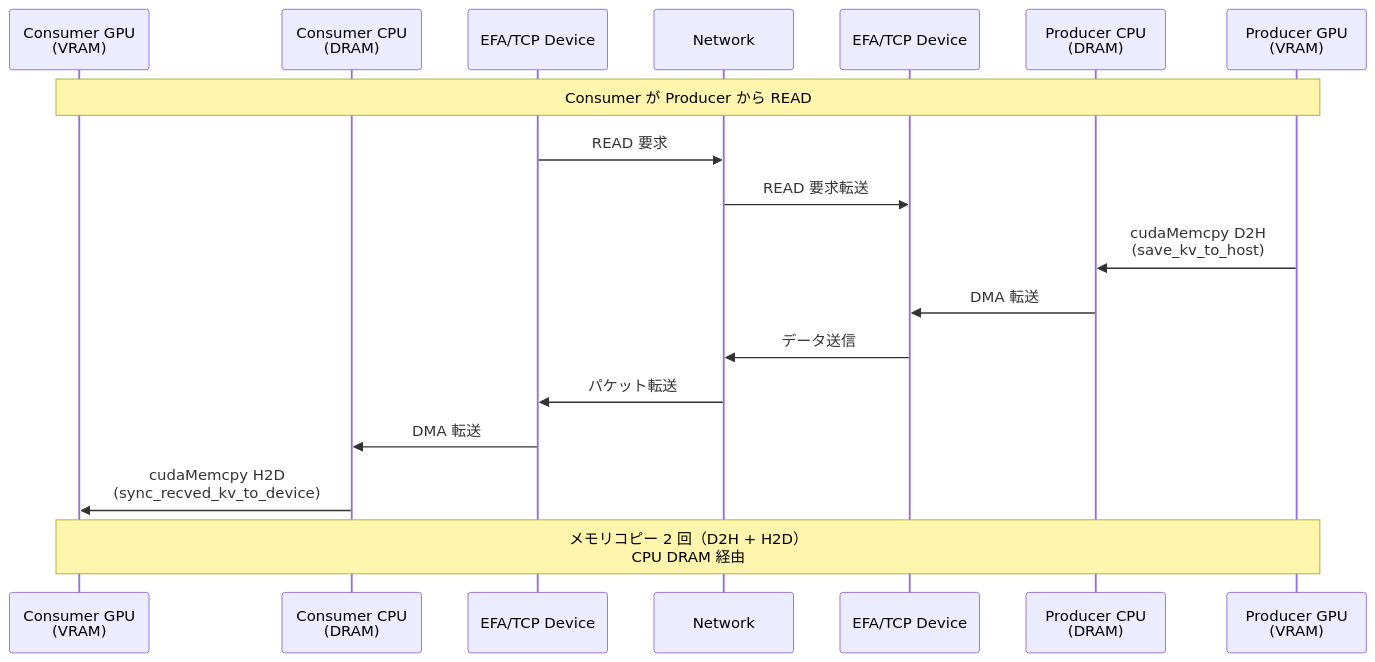
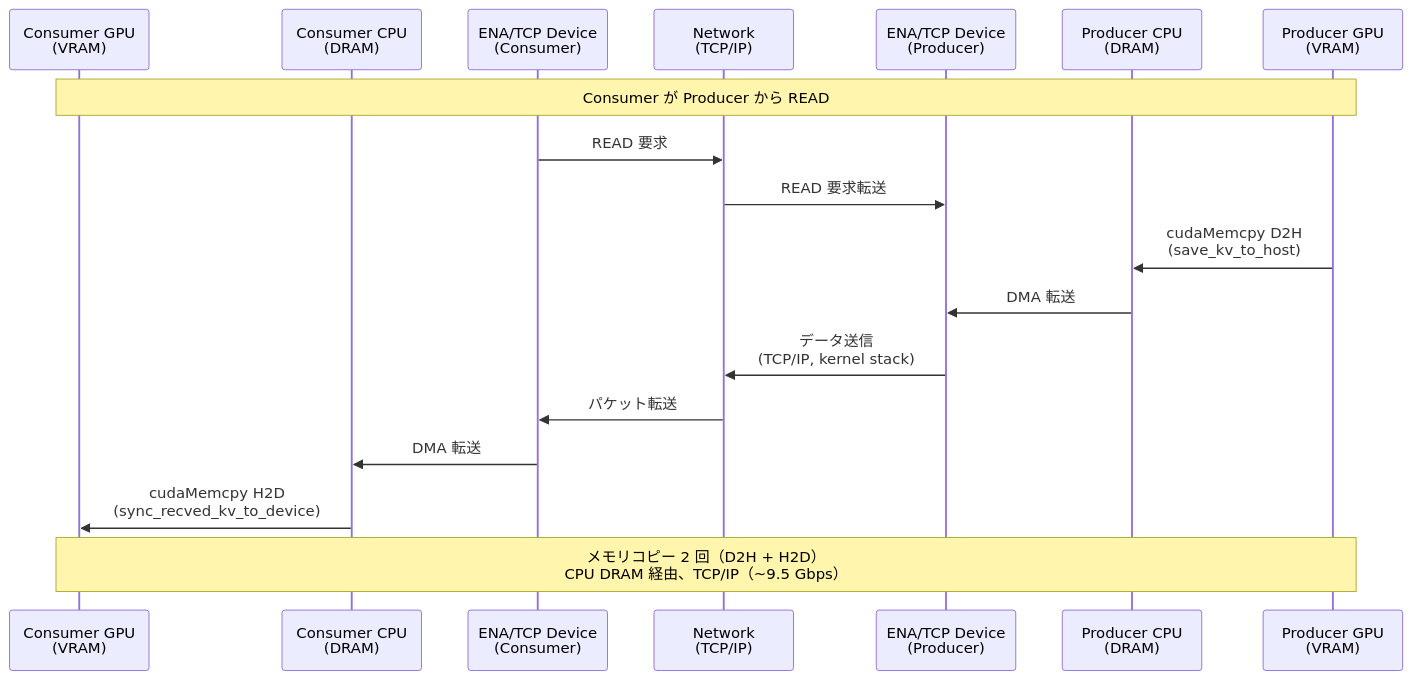
Before and after one commit to littlemex/zenn: the fifth of 10 diagrams in articles/3dd524130320d3.md, drawn with Mermaid. The commit also changed other lines of this file, not shown here.

````diff
--- a/articles/3dd524130320d3.md
+++ b/articles/3dd524130320d3.md
@@ -190,20 +195,20 @@
 ```mermaid
 sequenceDiagram
     participant Consumer_GPU as Consumer GPU<br/>(VRAM)
     participant Consumer_CPU as Consumer CPU<br/>(DRAM)
-    participant EFA_C as EFA/TCP Device
-    participant Network as Network
-    participant EFA_P as EFA/TCP Device
+    participant TCP_C as ENA/TCP Device<br/>(Consumer)
+    participant Network as Network<br/>(TCP/IP)
+    participant TCP_P as ENA/TCP Device<br/>(Producer)
     participant Producer_CPU as Producer CPU<br/>(DRAM)
     participant Producer_GPU as Producer GPU<br/>(VRAM)
     Note over Consumer_GPU,Producer_GPU: Consumer が Producer から READ
-    EFA_C->>Network: READ 要求
-    Network->>EFA_P: READ 要求転送
+    TCP_C->>Network: READ 要求
+    Network->>TCP_P: READ 要求転送
     Producer_GPU->>Producer_CPU: cudaMemcpy D2H<br/>(save_kv_to_host)
-    Producer_CPU->>EFA_P: DMA 転送
-    EFA_P->>Network: データ送信
-    Network->>EFA_C: パケット転送
-    EFA_C->>Consumer_CPU: DMA 転送
+    Producer_CPU->>TCP_P: DMA 転送
+    TCP_P->>Network: データ送信<br/>(TCP/IP, kernel stack)
+    Network->>TCP_C: パケット転送
+    TCP_C->>Consumer_CPU: DMA 転送
     Consumer_CPU->>Consumer_GPU: cudaMemcpy H2D<br/>(sync_recved_kv_to_device)
-    Note over Consumer_GPU,Producer_GPU: メモリコピー 2 回（D2H + H2D）<br/>CPU DRAM 経由
+    Note over Consumer_GPU,Producer_GPU: メモリコピー 2 回（D2H + H2D）<br/>CPU DRAM 経由、TCP/IP（~9.5 Gbps）
 ```
````
